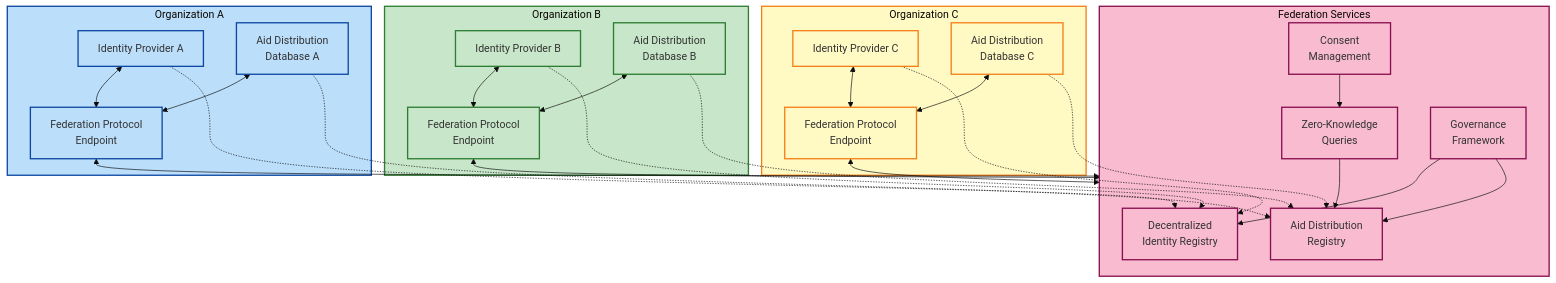
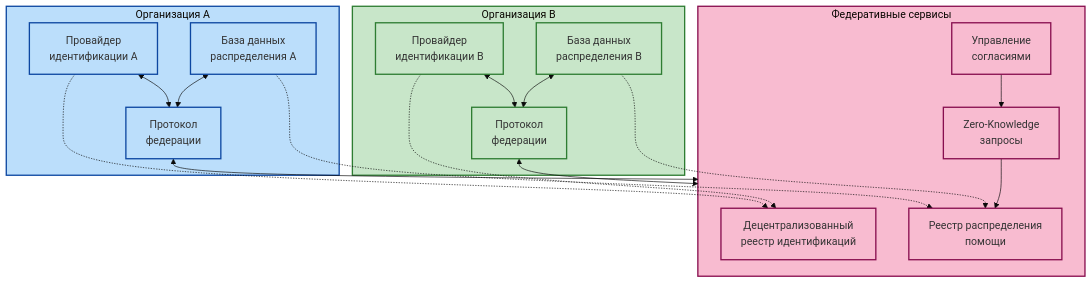
The fourth of 4 diagrams in Endterm/6 task/MESA_Humanitarian_Aid_System.md (Ablikon/Endterm), drawn with Mermaid (base theme) before and after one commit. The commit also changed other lines of this file, not shown here.

````diff
--- a/Endterm/6 task/MESA_Humanitarian_Aid_System.md
+++ b/Endterm/6 task/MESA_Humanitarian_Aid_System.md
@@ -1605,66 +180,49 @@
 ```mermaid
 flowchart TD
-    subgraph OrgA["Organization A"]
-        FPA["Federation Protocol<br>Endpoint"]
-        IDPA["Identity Provider A"]
-        AidDBA["Aid Distribution<br>Database A"]
+    subgraph OrgA["Организация A"]
+        FPA["Протокол<br>федерации"]
+        IDPA["Провайдер<br>идентификации A"]
+        AidDBA["База данных<br>распределения A"]
     end
     
-    subgraph OrgB["Organization B"]
-        FPB["Federation Protocol<br>Endpoint"]
-        IDPB["Identity Provider B"]
-        AidDBB["Aid Distribution<br>Database B"]
+    subgraph OrgB["Организация B"]
+        FPB["Протокол<br>федерации"]
+        IDPB["Провайдер<br>идентификации B"]
+        AidDBB["База данных<br>распределения B"]
     end
     
-    subgraph OrgC["Organization C"]
-        FPC["Federation Protocol<br>Endpoint"]
-        IDPC["Identity Provider C"]
-        AidDBC["Aid Distribution<br>Database C"]
-    end
-    
-    subgraph FederationLayer["Federation Services"]
-        IDRegistry["Decentralized<br>Identity Registry"]
-        AidRegistry["Aid Distribution<br>Registry"]
-        ConsentManager["Consent<br>Management"]
-        ZKQueries["Zero-Knowledge<br>Queries"]
-        Governance["Governance<br>Framework"]
+    subgraph FederationLayer["Федеративные сервисы"]
+        IDRegistry["Децентрализованный<br>реестр идентификаций"]
+        AidRegistry["Реестр распределения<br>помощи"]
+        ConsentManager["Управление<br>согласиями"]
+        ZKQueries["Zero-Knowledge<br>запросы"]
     end
     
     %% Connections
     FPA <--> FederationLayer
     FPB <--> FederationLayer
-    FPC <--> FederationLayer
     
     IDPA <--> FPA
     IDPB <--> FPB
-    IDPC <--> FPC
     
     AidDBA <--> FPA
     AidDBB <--> FPB
-    AidDBC <--> FPC
     
     %% Specific connections
     IDPA -.-> IDRegistry
     IDPB -.-> IDRegistry
-    IDPC -.-> IDRegistry
     
     AidDBA -.-> AidRegistry
     AidDBB -.-> AidRegistry
-    AidDBC -.-> AidRegistry
     
     ConsentManager --> ZKQueries
     ZKQueries --> AidRegistry
-    Governance --> IDRegistry
-    Governance --> AidRegistry
     
-    %% Styling
     classDef orgA fill:#bbdefb,stroke:#0d47a1,stroke-width:2px
     classDef orgB fill:#c8e6c9,stroke:#2e7d32,stroke-width:2px
-    classDef orgC fill:#fff9c4,stroke:#f57f17,stroke-width:2px
     classDef federation fill:#f8bbd0,stroke:#880e4f,stroke-width:2px
     
     class OrgA,FPA,IDPA,AidDBA orgA
     class OrgB,FPB,IDPB,AidDBB orgB
-    class OrgC,FPC,IDPC,AidDBC orgC
-    class FederationLayer,IDRegistry,AidRegistry,ConsentManager,ZKQueries,Governance federation
+    class FederationLayer,IDRegistry,AidRegistry,ConsentManager,ZKQueries federation
 ```
````
